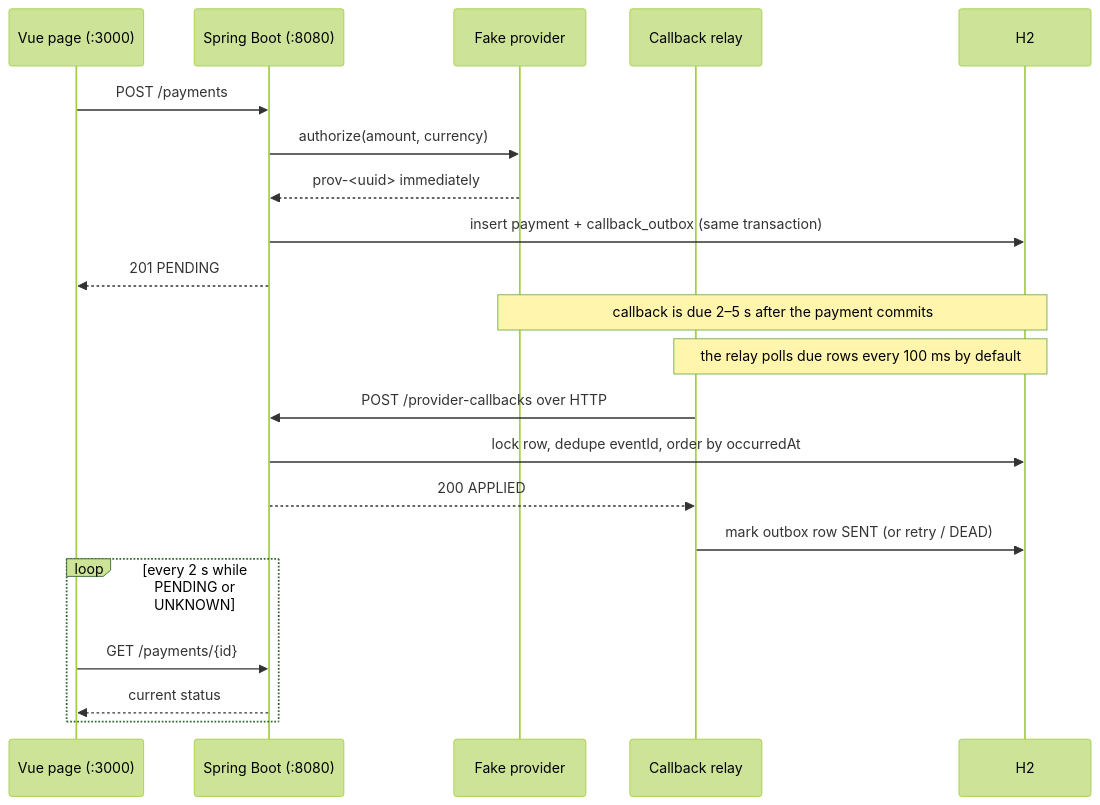
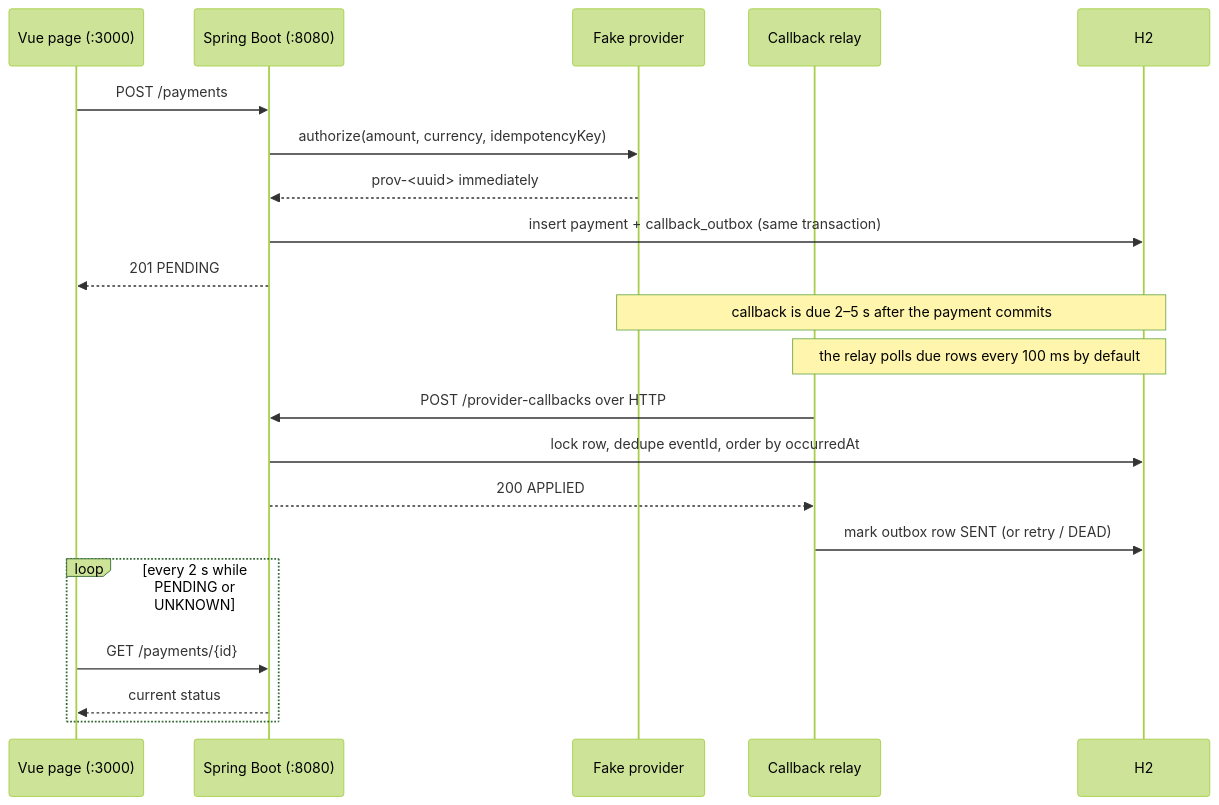
Before and after one commit to TarouShota/payment-inbox-feg: the diagram in README.md, drawn with Mermaid (forest theme). The commit also changed 1 other file, not shown here.

Commit message:
docs: correct provider call in diagram and forward all knobs in compose

````diff
--- a/README.md
+++ b/README.md
@@ -25,24 +25,24 @@
 ```mermaid
 sequenceDiagram
     participant UI as Vue page (:3000)
     participant API as Spring Boot (:8080)
     participant P as Fake provider
     participant R as Callback relay
     participant DB as H2
 
     UI->>API: POST /payments
-    API->>P: authorize(amount, currency)
+    API->>P: authorize(amount, currency, idempotencyKey)
     P-->>API: prov-<uuid> immediately
     API->>DB: insert payment + callback_outbox (same transaction)
     API-->>UI: 201 PENDING
     Note over P,DB: callback is due 2–5 s after the payment commits
     Note over R,DB: the relay polls due rows every 100 ms by default
     R->>API: POST /provider-callbacks over HTTP
     API->>DB: lock row, dedupe eventId, order by occurredAt
     API-->>R: 200 APPLIED
     R->>DB: mark outbox row SENT (or retry / DEAD)
     loop every 2 s while PENDING or UNKNOWN
         UI->>API: GET /payments/{id}
         API-->>UI: current status
     end
 ```
````
